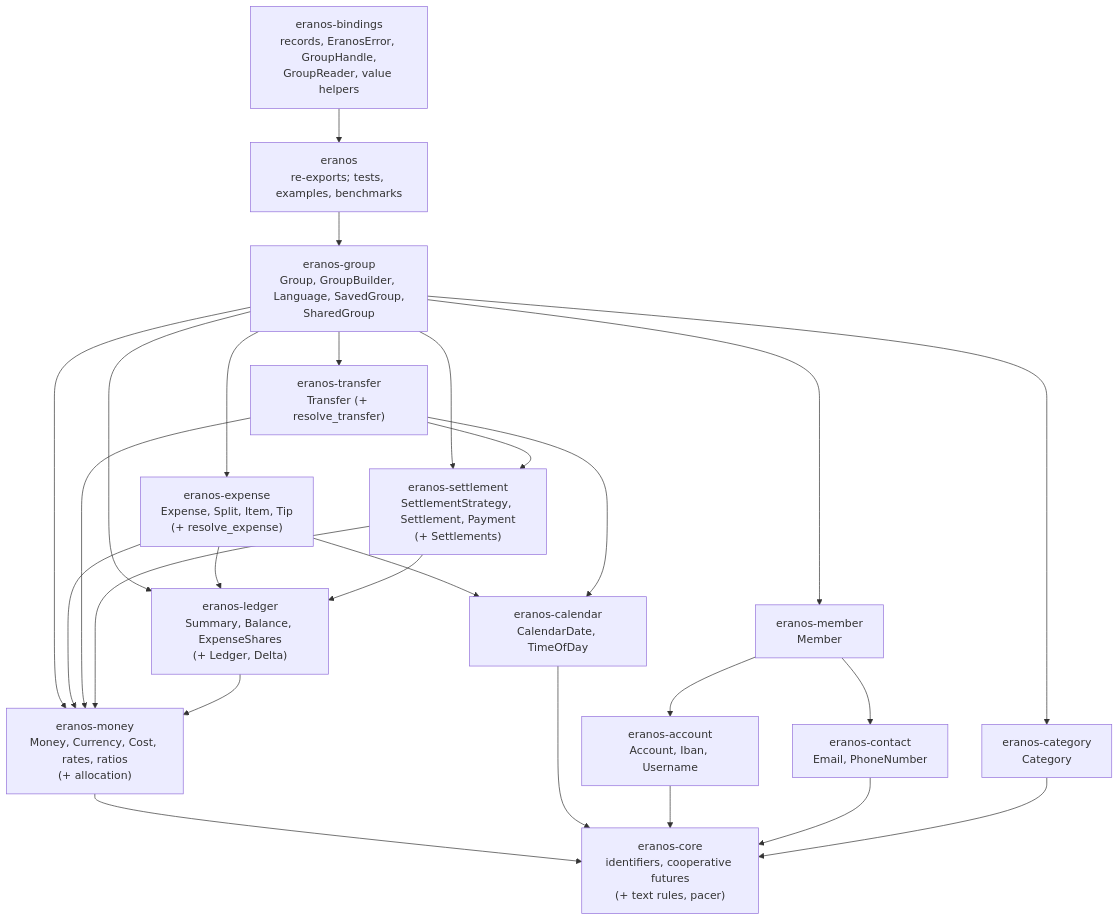
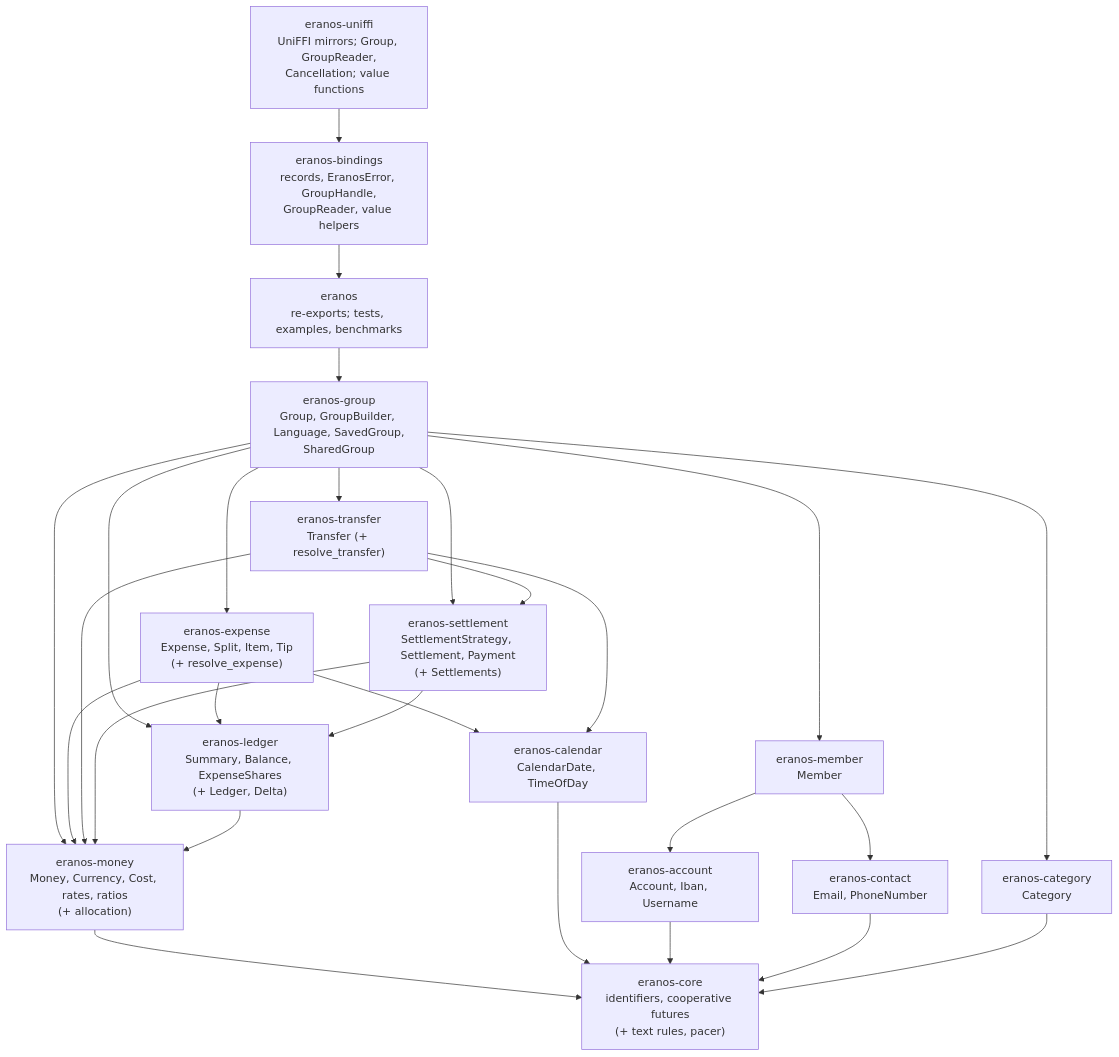
One commit to cristiancristea00/eranos changed the first of 3 diagrams in docs/ARCHITECTURE.md. Above: the diagram before and after it, drawn with Mermaid. The commit also changed other lines of this file and 24 other files, not shown here.

````diff
--- a/docs/ARCHITECTURE.md
+++ b/docs/ARCHITECTURE.md
@@ -74,42 +77,44 @@
 ```mermaid
 flowchart TD
+    UNIFFI["eranos-uniffi<br/>UniFFI mirrors; Group, GroupReader,<br/>Cancellation; value functions"]
     BINDINGS["eranos-bindings<br/>records, EranosError, GroupHandle,<br/>GroupReader, value helpers"]
     FACADE["eranos<br/>re-exports; tests, examples, benchmarks"]
     GROUP["eranos-group<br/>Group, GroupBuilder, Language, SavedGroup,<br/>SharedGroup"]
     EXPENSE["eranos-expense<br/>Expense, Split, Item, Tip<br/>(+ resolve_expense)"]
     TRANSFER["eranos-transfer<br/>Transfer (+ resolve_transfer)"]
     MEMBER["eranos-member<br/>Member"]
     CATEGORY["eranos-category<br/>Category"]
     SETTLEMENT["eranos-settlement<br/>SettlementStrategy, Settlement, Payment<br/>(+ Settlements)"]
     ACCOUNT["eranos-account<br/>Account, Iban, Username"]
     CONTACT["eranos-contact<br/>Email, PhoneNumber"]
     LEDGER["eranos-ledger<br/>Summary, Balance, ExpenseShares<br/>(+ Ledger, Delta)"]
     CALENDAR["eranos-calendar<br/>CalendarDate, TimeOfDay"]
     MONEY["eranos-money<br/>Money, Currency, Cost, rates, ratios<br/>(+ allocation)"]
     CORE["eranos-core<br/>identifiers, cooperative futures<br/>(+ text rules, pacer)"]
+    UNIFFI --> BINDINGS
     BINDINGS --> FACADE
     FACADE --> GROUP
     GROUP --> EXPENSE
     GROUP --> TRANSFER
     GROUP --> MEMBER
     GROUP --> CATEGORY
     GROUP --> SETTLEMENT
     GROUP --> LEDGER
     GROUP --> MONEY
     EXPENSE --> LEDGER
     EXPENSE --> CALENDAR
     EXPENSE --> MONEY
     TRANSFER --> SETTLEMENT
     TRANSFER --> CALENDAR
     TRANSFER --> MONEY
     MEMBER --> ACCOUNT
     MEMBER --> CONTACT
     SETTLEMENT --> LEDGER
     SETTLEMENT --> MONEY
     LEDGER --> MONEY
     MONEY --> CORE
     CALENDAR --> CORE
     ACCOUNT --> CORE
     CONTACT --> CORE
     CATEGORY --> CORE
 ```
````
